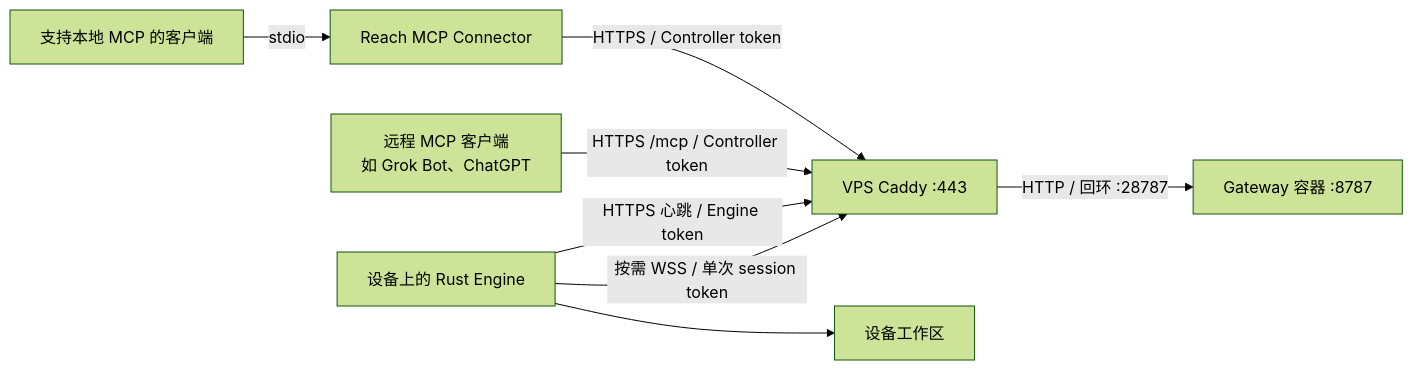
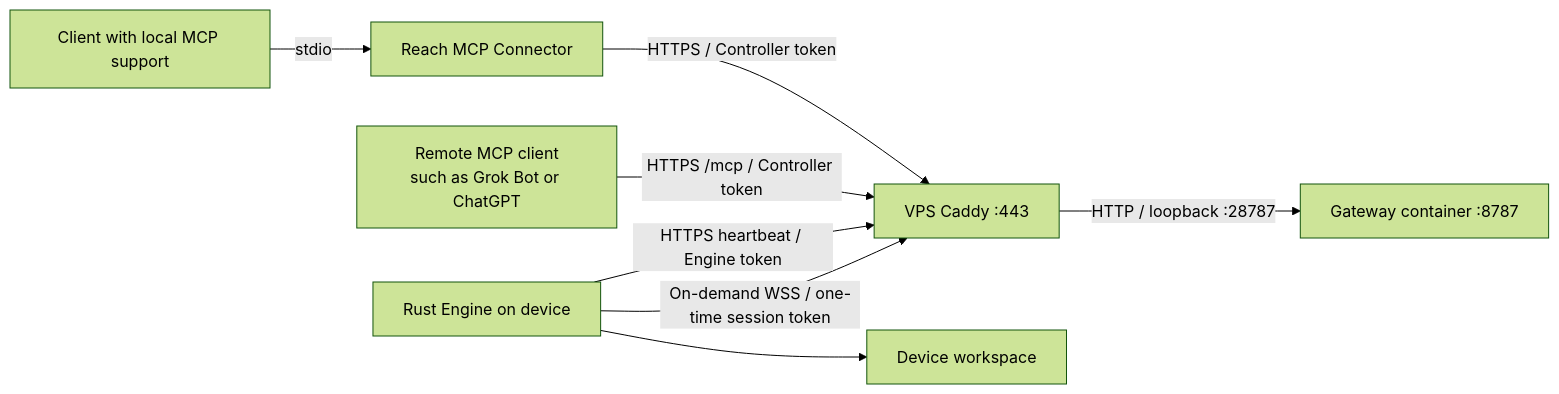
Before and after one commit to zpershuai/reach: the diagram in docs/deploy/README.md, drawn with Mermaid (forest theme). The commit also changed other lines of this file and 98 other files, not shown here.

````diff
--- a/docs/deploy/README.md
+++ b/docs/deploy/README.md
@@ -28,10 +30,10 @@
 ```mermaid
 flowchart LR
-    Host[支持本地 MCP 的客户端] -->|stdio| MCP[Reach MCP Connector]
+    Host[Client with local MCP support] -->|stdio| MCP[Reach MCP Connector]
     MCP -->|HTTPS / Controller token| Caddy[VPS Caddy :443]
-    Cloud[远程 MCP 客户端<br/>如 Grok Bot、ChatGPT] -->|HTTPS /mcp / Controller token| Caddy
-    Caddy -->|HTTP / 回环 :28787| Gateway[Gateway 容器 :8787]
-    Engine[设备上的 Rust Engine] -->|HTTPS 心跳 / Engine token| Caddy
-    Engine -->|按需 WSS / 单次 session token| Caddy
-    Engine --> Workspace[设备工作区]
+    Cloud[Remote MCP client<br/>such as Grok Bot or ChatGPT] -->|HTTPS /mcp / Controller token| Caddy
+    Caddy -->|HTTP / loopback :28787| Gateway[Gateway container :8787]
+    Engine[Rust Engine on device] -->|HTTPS heartbeat / Engine token| Caddy
+    Engine -->|On-demand WSS / one-time session token| Caddy
+    Engine --> Workspace[Device workspace]
 ```
````
